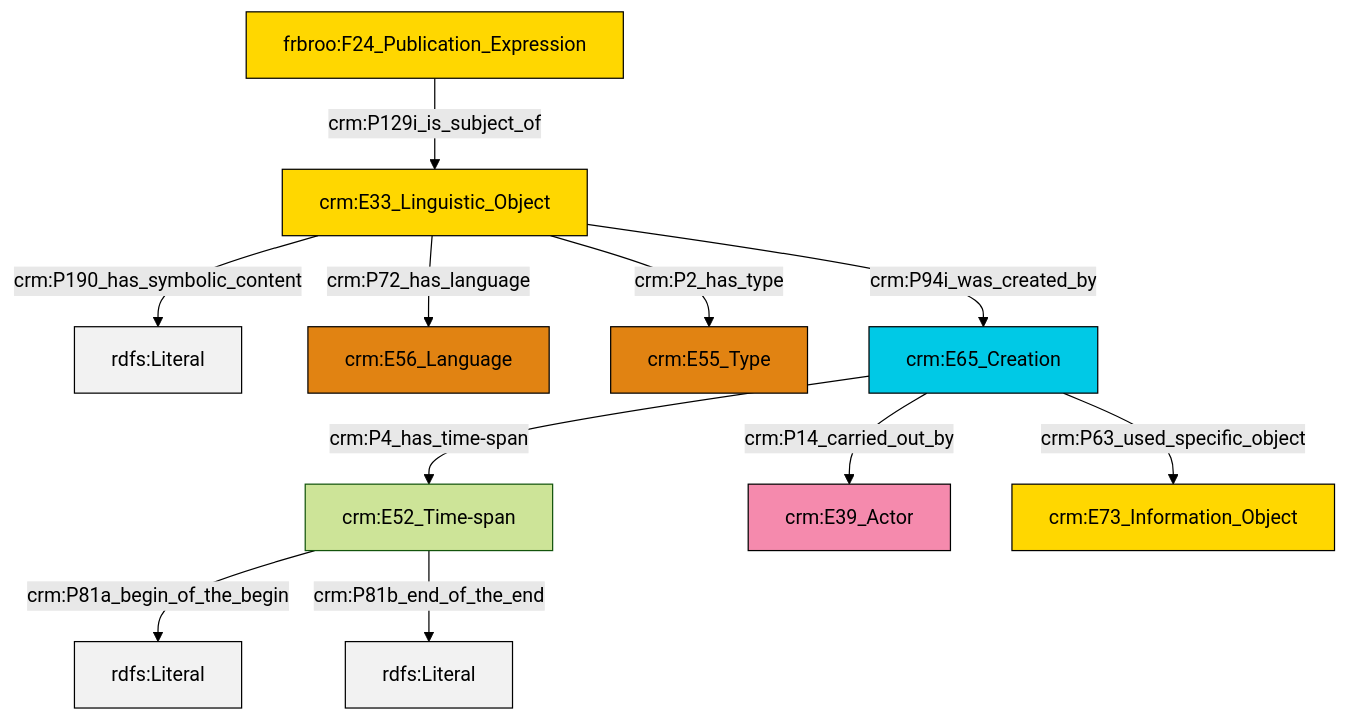
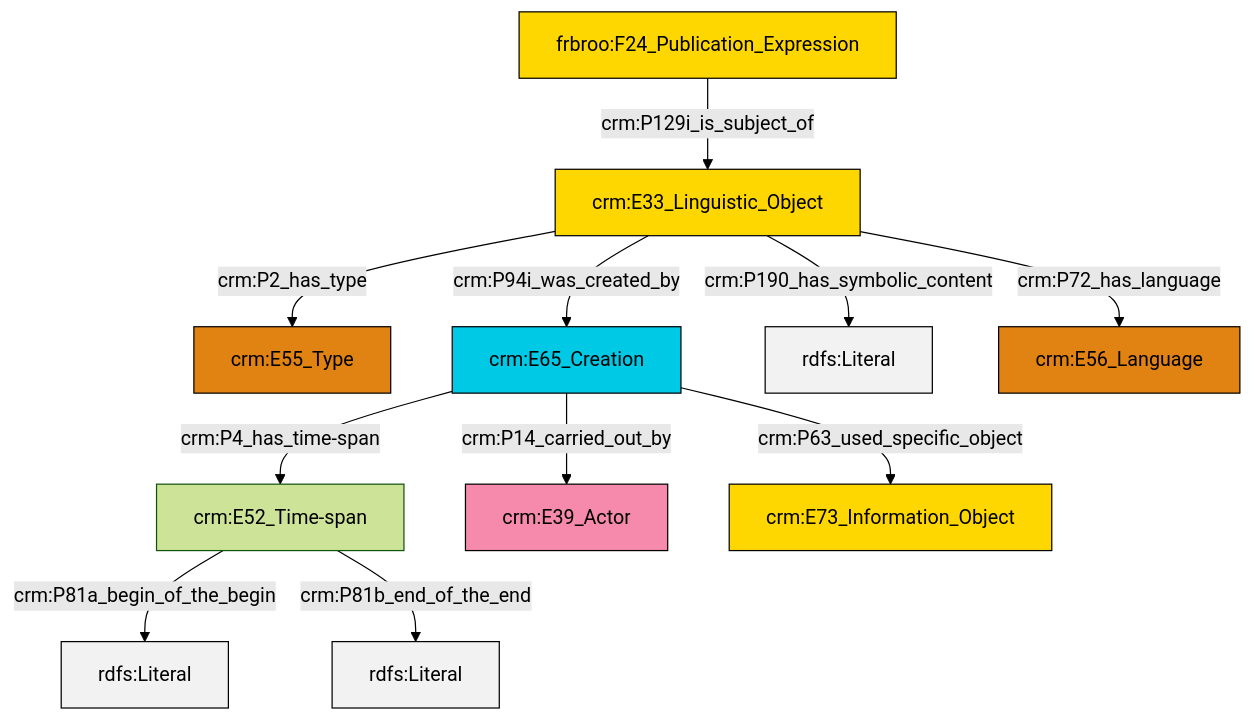
The diagram in et/biblioCSV/ttl/mmd/biblio_description.ttl.mmd (swiss-art-research-net/reference-data-models), drawn with Mermaid (forest theme) before and after one commit. The commit also changed 128 other files, not shown here.

```diff
--- a/et/biblioCSV/ttl/mmd/biblio_description.ttl.mmd
+++ b/et/biblioCSV/ttl/mmd/biblio_description.ttl.mmd
@@ -1,25 +1,25 @@
 graph TD
 classDef Literal fill:#f2f2f2,stroke:#000000;
 classDef CRM_Entity fill:#FFFFFF,stroke:#000000;
 classDef Temporal_Entity fill:#00C9E6, stroke:#000000;
 classDef Type fill:#E18312, stroke:#000000;
 classDef Time-Span fill:#2C9C91, stroke:#000000;
 classDef Appellation fill:#FFEB7F, stroke:#000000;
 classDef Place fill:#008836, stroke:#000000;
 classDef Persistent_Item fill:#B266B2, stroke:#000000;
 classDef Conceptual_Object fill:#FFD700, stroke:#000000;
 classDef Physical_Thing fill:#D2B48C, stroke:#000000;
 classDef Actor fill:#f58aad, stroke:#000000;
 classDef PC_Classes fill:#4ce600, stroke:#000000;
 classDef Multi fill:#cccccc,stroke:#000000;
 
-0["crm:E33_Linguistic_Object"]:::Conceptual_Object -->|crm:P190_has_symbolic_content| 1[rdfs:Literal]:::Literal
-0["crm:E33_Linguistic_Object"]:::Conceptual_Object -->|crm:P72_has_language| 2["crm:E56_Language"]:::Type
-5["crm:E52_Time-span"]:::Default -->|crm:P81a_begin_of_the_begin| 6[rdfs:Literal]:::Literal
-7["crm:E65_Creation"]:::Temporal_Entity -->|crm:P14_carried_out_by| 8["crm:E39_Actor"]:::Actor
-0["crm:E33_Linguistic_Object"]:::Conceptual_Object -->|crm:P2_has_type| 3["crm:E55_Type"]:::Type
-7["crm:E65_Creation"]:::Temporal_Entity -->|crm:P4_has_time-span| 5["crm:E52_Time-span"]:::Default
-5["crm:E52_Time-span"]:::Default -->|crm:P81b_end_of_the_end| 11[rdfs:Literal]:::Literal
-7["crm:E65_Creation"]:::Temporal_Entity -->|crm:P63_used_specific_object| 9["crm:E73_Information_Object"]:::Conceptual_Object
-12["frbroo:F24_Publication_Expression"]:::Conceptual_Object -->|crm:P129i_is_subject_of| 0["crm:E33_Linguistic_Object"]:::Conceptual_Object
-0["crm:E33_Linguistic_Object"]:::Conceptual_Object -->|crm:P94i_was_created_by| 7["crm:E65_Creation"]:::Temporal_Entity
+0["crm:E33_Linguistic_Object"]:::Conceptual_Object -->|crm:P2_has_type| 1["crm:E55_Type"]:::Type
+3["crm:E52_Time-span"]:::Default -->|crm:P81a_begin_of_the_begin| 4[rdfs:Literal]:::Literal
+0["crm:E33_Linguistic_Object"]:::Conceptual_Object -->|crm:P190_has_symbolic_content| 9[rdfs:Literal]:::Literal
+5["crm:E65_Creation"]:::Temporal_Entity -->|crm:P4_has_time-span| 3["crm:E52_Time-span"]:::Default
+5["crm:E65_Creation"]:::Temporal_Entity -->|crm:P14_carried_out_by| 7["crm:E39_Actor"]:::Actor
+3["crm:E52_Time-span"]:::Default -->|crm:P81b_end_of_the_end| 12[rdfs:Literal]:::Literal
+13["frbroo:F24_Publication_Expression"]:::Conceptual_Object -->|crm:P129i_is_subject_of| 0["crm:E33_Linguistic_Object"]:::Conceptual_Object
+0["crm:E33_Linguistic_Object"]:::Conceptual_Object -->|crm:P94i_was_created_by| 5["crm:E65_Creation"]:::Temporal_Entity
+5["crm:E65_Creation"]:::Temporal_Entity -->|crm:P63_used_specific_object| 15["crm:E73_Information_Object"]:::Conceptual_Object
+0["crm:E33_Linguistic_Object"]:::Conceptual_Object -->|crm:P72_has_language| 10["crm:E56_Language"]:::Type
```
